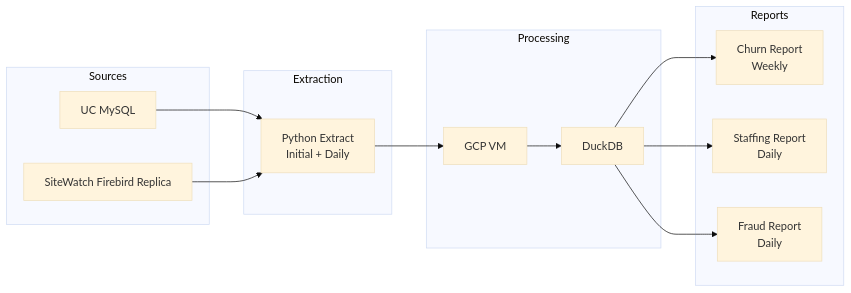
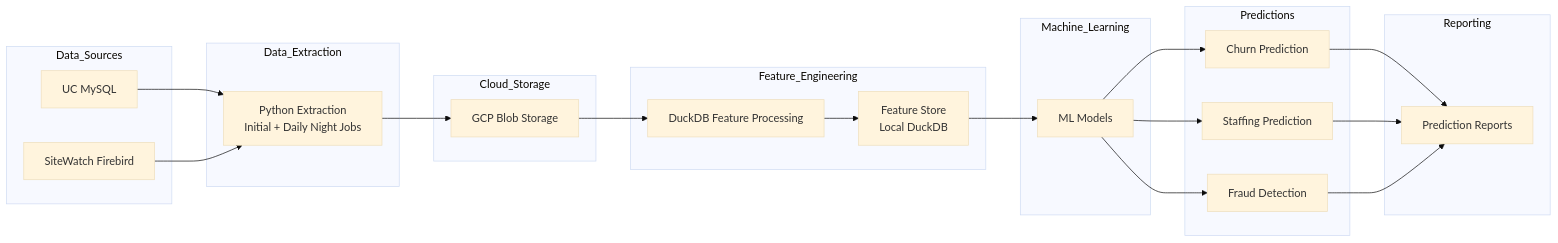
Before and after one commit to harihararaj-aifs/ChurnPrediction: the diagram in Phase1(Flowchart).md, drawn with Mermaid (base theme). The commit also changed other lines of this file, not shown here.

Commit message:
FlowChart update for the Phase 1

````diff
--- a/Phase1(Flowchart).md
+++ b/Phase1(Flowchart).md
@@ -17,31 +17,48 @@
 ```mermaid
 flowchart LR
 
-subgraph Sources
+subgraph Data_Sources
 A[UC MySQL]
-B[SiteWatch Firebird Replica]
+B[SiteWatch Firebird]
 end
 
-subgraph Extraction
-C[Python Extract<br>Initial + Daily]
+subgraph Data_Extraction
+C[Python Extraction<br>Initial + Daily Night Jobs]
 end
 
-subgraph Processing
-D[GCP VM]
-E[DuckDB]
+subgraph Cloud_Storage
+D[GCP Blob Storage]
 end
 
-subgraph Reports
-F[Churn Report<br>Weekly]
-G[Staffing Report<br>Daily]
-H[Fraud Report<br>Daily]
+subgraph Feature_Engineering
+E[DuckDB Feature Processing]
+F[Feature Store<br>Local DuckDB]
+end
+
+subgraph Machine_Learning
+G[ML Models]
+end
+
+subgraph Predictions
+H[Churn Prediction]
+I[Staffing Prediction]
+J[Fraud Detection]
+end
+
+subgraph Reporting
+K[Prediction Reports]
 end
 
 A --> C
 B --> C
 C --> D
 D --> E
 E --> F
-E --> G
-E --> H
+F --> G
+G --> H
+G --> I
+G --> J
+H --> K
+I --> K
+J --> K
 ```
````
